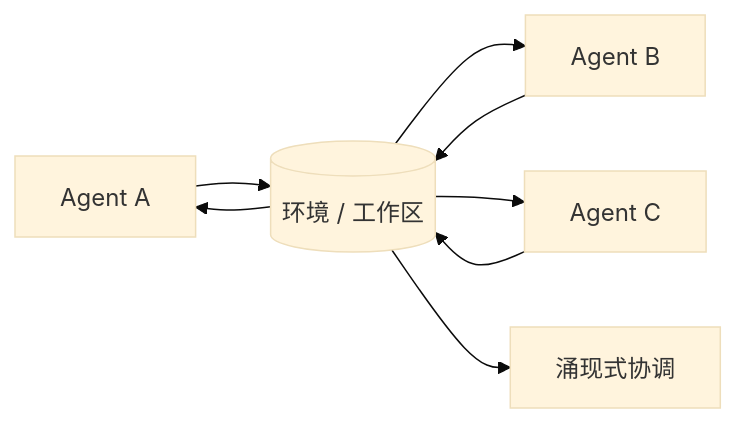
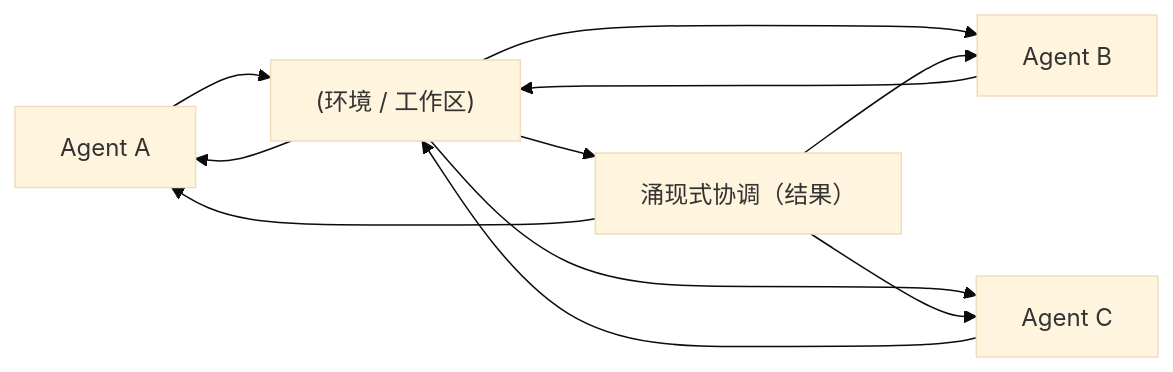
Before and after one commit to riba2534/multi-agent-wiki-cn: the diagram in content/wiki/patterns/stigmergy-environment-mediated.md, drawn with Mermaid (base theme). The commit also changed other lines of this file and 41 other files, not shown here.

First line of the commit message:
docs: 全面质量改进 - 术语统一、Mermaid规范化、间距修复

````diff
--- a/content/wiki/patterns/stigmergy-environment-mediated.md
+++ b/content/wiki/patterns/stigmergy-environment-mediated.md
@@ -16,10 +16,13 @@
 ```mermaid
 flowchart LR
-  A[Agent A] --> E[(环境 / 工作区)]
+  A[Agent A] --> E["(环境 / 工作区)"]
   B[Agent B] --> E
   C[Agent C] --> E
   E --> A
   E --> B
   E --> C
-  E --> R[涌现式协调]
+  E --> R["涌现式协调（结果）"]
+  R --> A
+  R --> B
+  R --> C
 ```
````
